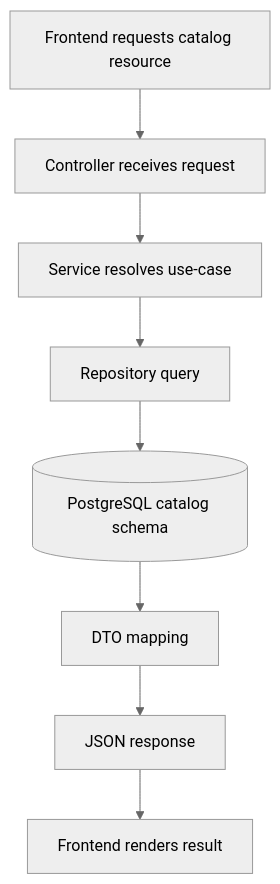
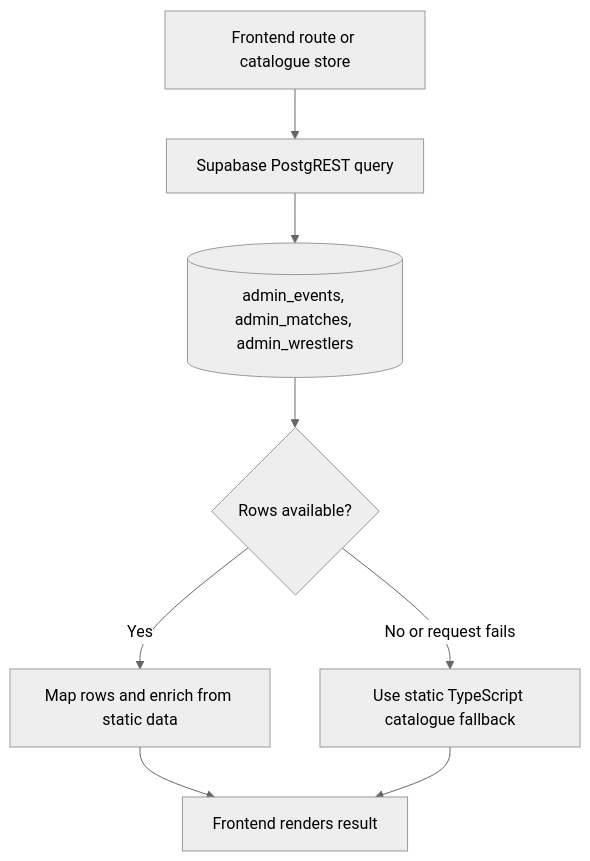
Before and after one commit to BitStunner/TopRopes-Backend: the first of 3 diagrams in docs/architecture/FLOWCHART.md, drawn with Mermaid. The commit also changed other lines of this file and 4 other files, not shown here.

````diff
--- a/docs/architecture/FLOWCHART.md
+++ b/docs/architecture/FLOWCHART.md
@@ -5,11 +5,11 @@
 ```mermaid
 %%{init: {'theme': 'neutral'}}%%
 flowchart TD
-  A[Frontend requests catalog resource] --> B[Controller receives request]
-  B --> C[Service resolves use-case]
-  C --> D[Repository query]
-  D --> E[(PostgreSQL catalog schema)]
-  E --> F[DTO mapping]
-  F --> G[JSON response]
-  G --> H[Frontend renders result]
+  A[Frontend route or catalogue store] --> B[Supabase PostgREST query]
+  B --> C[(admin_events, admin_matches, admin_wrestlers)]
+  C --> D{Rows available?}
+  D -- Yes --> E[Map rows and enrich from static data]
+  D -- No or request fails --> F[Use static TypeScript catalogue fallback]
+  E --> G[Frontend renders result]
+  F --> G
 ```
````
